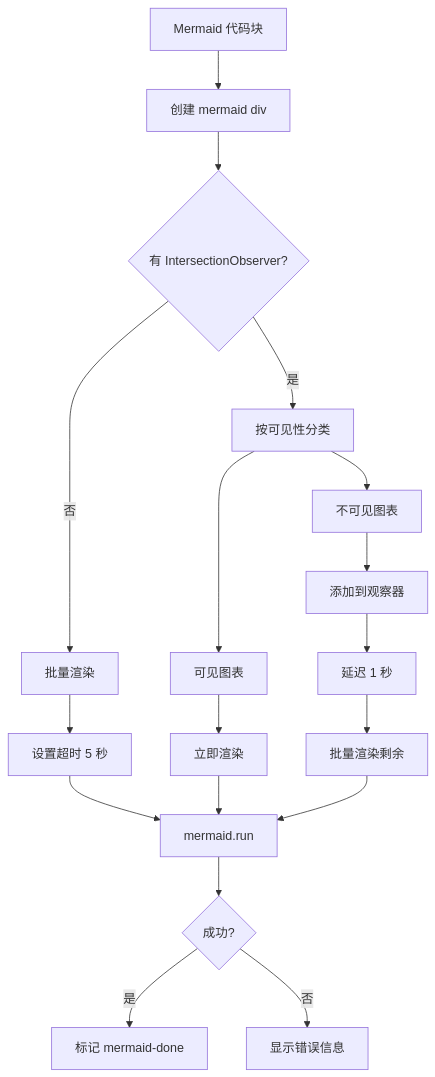
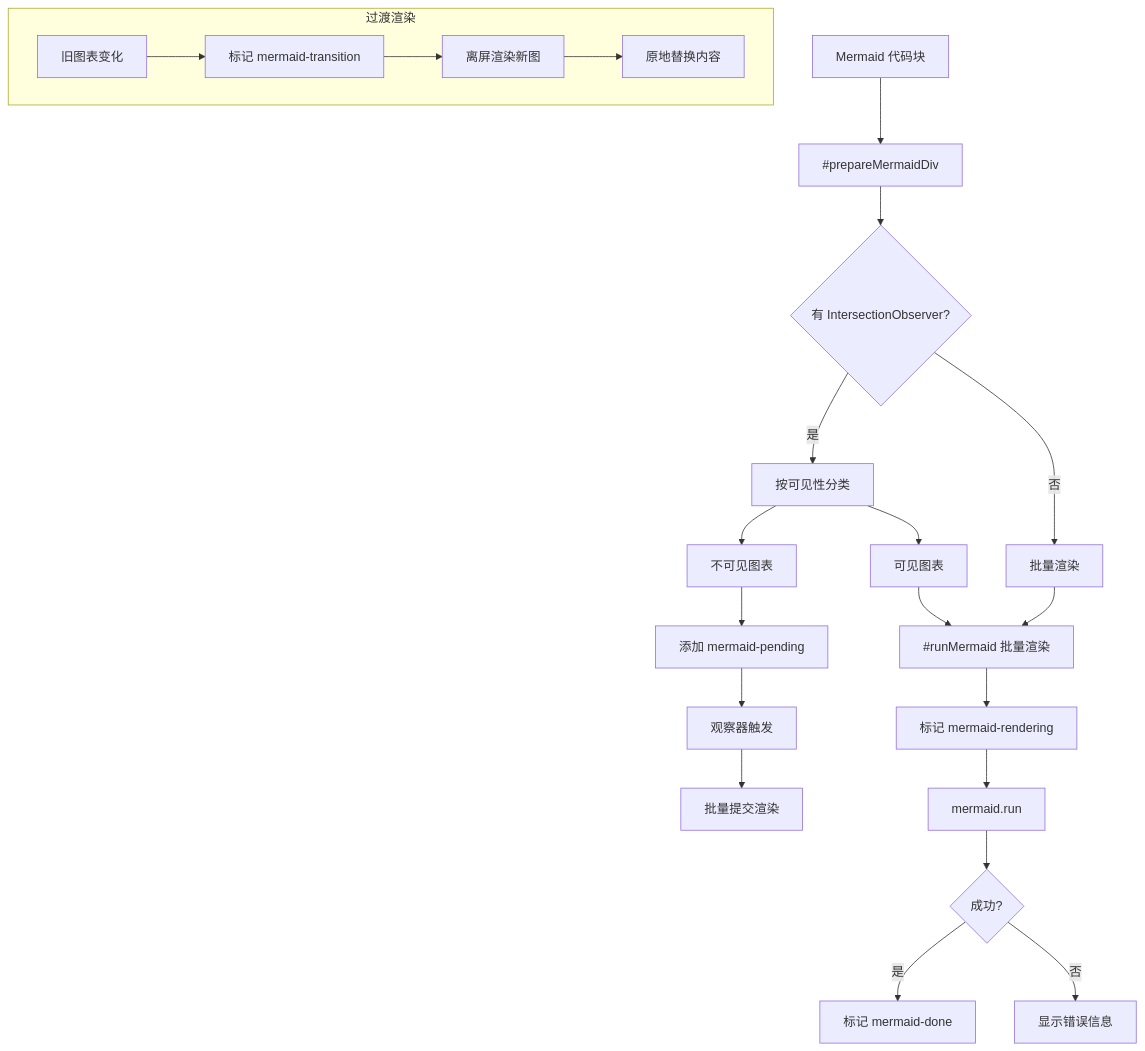
One commit to ZCShou/markdown changed the sixth of 8 diagrams in docs/preview.md. Above: the diagram before and after it, drawn with Mermaid. The commit also changed other lines of this file and 2 other files, not shown here.

````diff
--- a/docs/preview.md
+++ b/docs/preview.md
@@ -947,24 +987,28 @@
 ```mermaid
 graph TD
-    A[Mermaid 代码块] --> B[创建 mermaid div]
+    A[Mermaid 代码块] --> B[#prepareMermaidDiv]
     B --> C{有 IntersectionObserver?}
     C -->|是| D[按可见性分类]
     C -->|否| E[批量渲染]
     
     D --> F[可见图表]
     D --> G[不可见图表]
     
-    F --> H[立即渲染]
-    G --> I[添加到观察器]
-    I --> J[延迟 1 秒]
-    J --> K[批量渲染剩余]
+    F --> H[#runMermaid 批量渲染]
+    G --> I[添加 mermaid-pending]
+    I --> J[观察器触发]
+    J --> K[批量提交渲染]
     
-    E --> L[设置超时 5 秒]
+    E --> H
+    H --> L[标记 mermaid-rendering]
     L --> M[mermaid.run]
-    H --> M
-    K --> M
-    
     M --> N{成功?}
     N -->|是| O[标记 mermaid-done]
     N -->|否| P[显示错误信息]
+    
+    subgraph 过渡渲染
+        Q[旧图表变化] --> R[标记 mermaid-transition]
+        R --> S[离屏渲染新图]
+        S --> T[原地替换内容]
+    end
 ```
````
